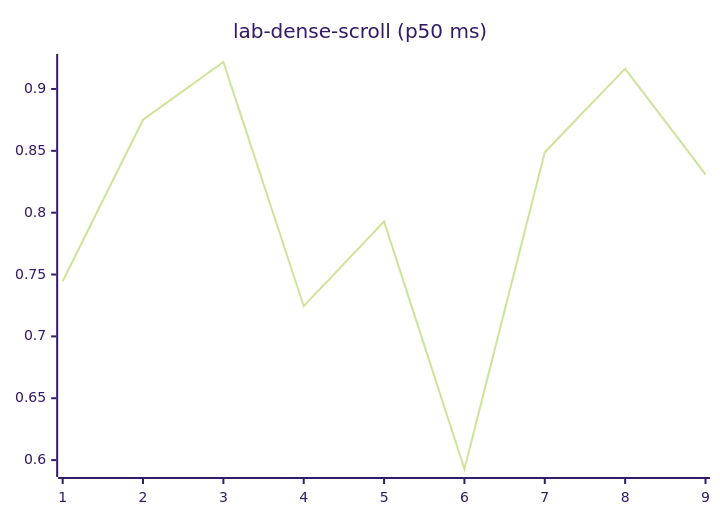
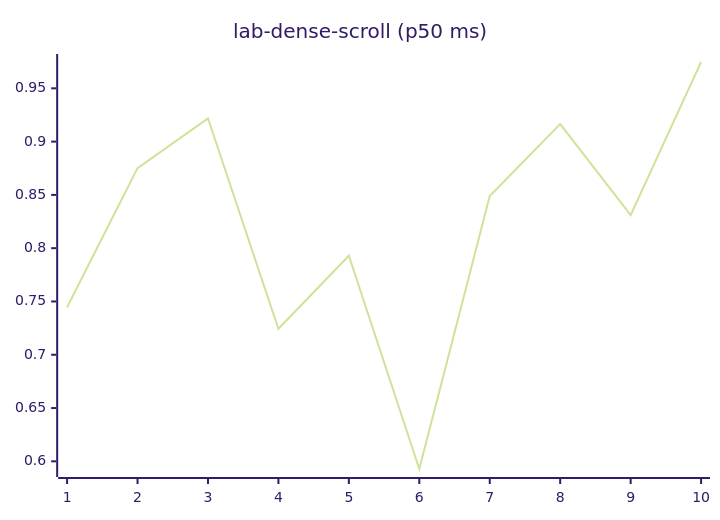
Before and after one commit to josha/Facet: diagram 12 of 27 in README.md, drawn with Mermaid (forest theme). The commit also changed other lines of this file and 2 other files, not shown here.

````diff
--- a/README.md
+++ b/README.md
@@ -140,6 +140,6 @@
 ```mermaid
 xychart-beta
     title "lab-dense-scroll (p50 ms)"
-    x-axis 1 --> 9
-    line [0.7446, 0.8751, 0.9218, 0.7244, 0.7929, 0.5928, 0.8489, 0.9164, 0.8310]
+    x-axis 1 --> 10
+    line [0.7446, 0.8751, 0.9218, 0.7244, 0.7929, 0.5928, 0.8489, 0.9164, 0.8310, 0.9747]
 ```
````
